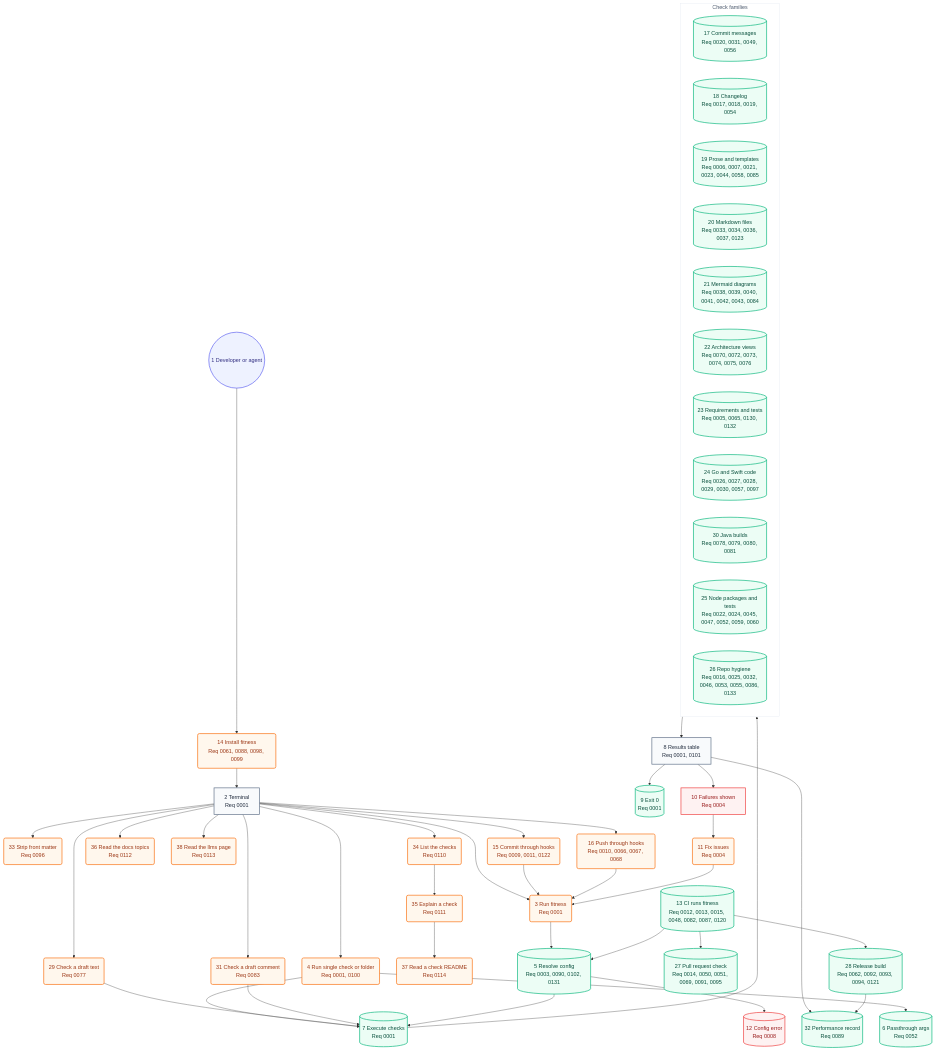
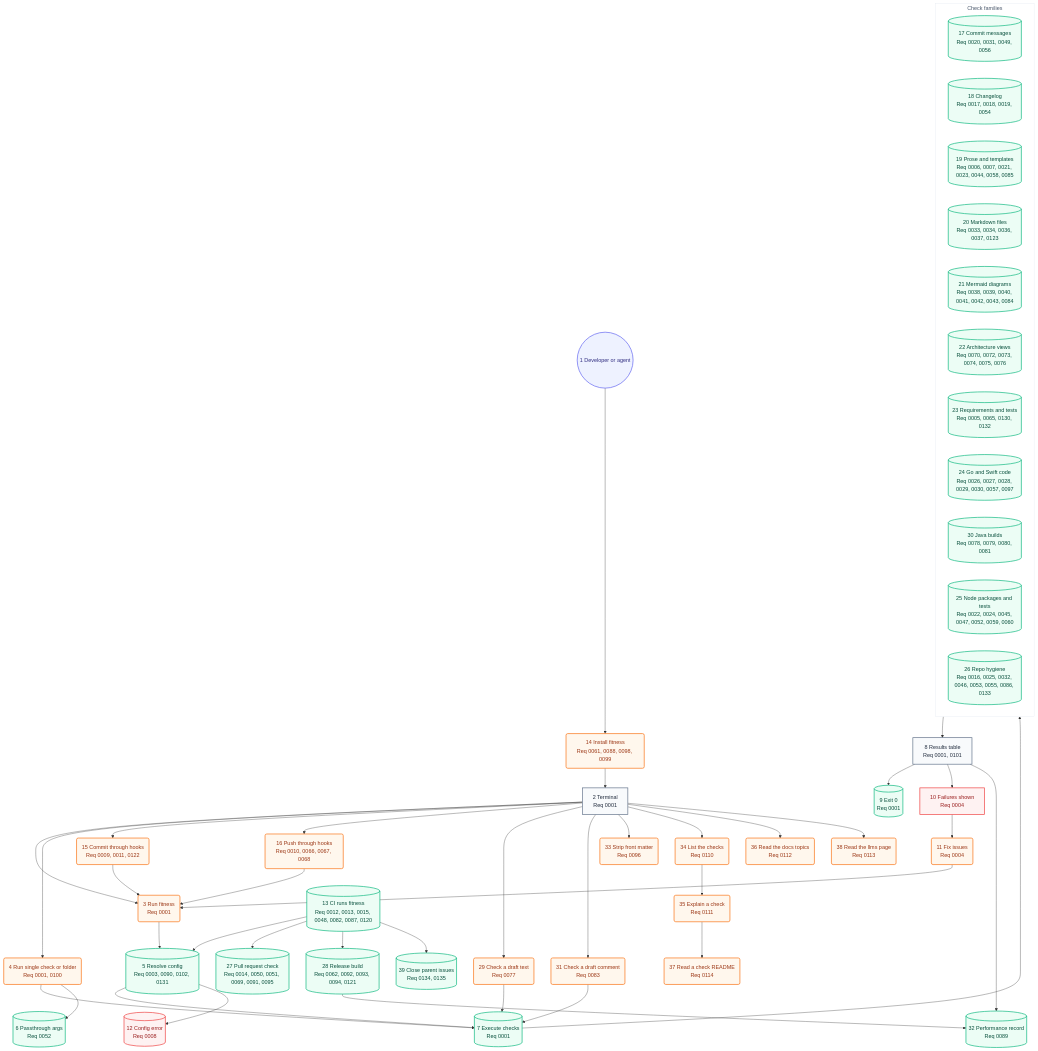
One commit to may-journal/fitness-runner changed the second of 2 diagrams in docs/architecture/05-user-journey.md. Above: the diagram before and after it, drawn with Mermaid. The commit also changed other lines of this file and 17 other files, not shown here.

First line of the commit message:
feat(close-check): close a parent when its last child closes (#715)

```diff
--- a/docs/architecture/05-user-journey.md
+++ b/docs/architecture/05-user-journey.md
@@ -76,6 +76,7 @@
     prCheck[(27 Pull request check<br/>Req 0014, 0050, 0051, 0069, 0091, 0095)]:::system
     release[(28 Release build<br/>Req 0062, 0092, 0093, 0094, 0121)]:::system
     perfRecord[(32 Performance record<br/>Req 0089)]:::system
+    closeParents[(39 Close parent issues<br/>Req 0134, 0135)]:::system
 
     dev --> install
     install --> terminal
@@ -109,6 +110,7 @@
     ciRun --> resolveConfig
     ciRun --> prCheck
     ciRun --> release
+    ciRun --> closeParents
     resultsTable --> perfRecord
     release --> perfRecord
 
```
